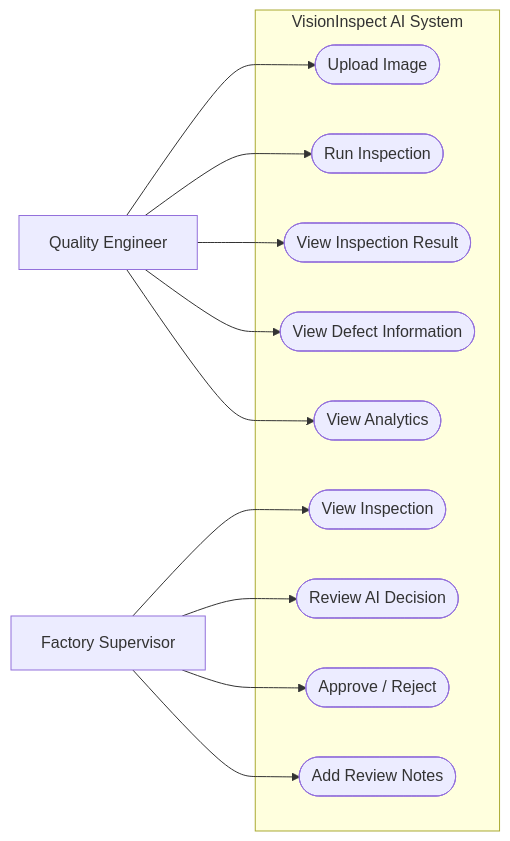
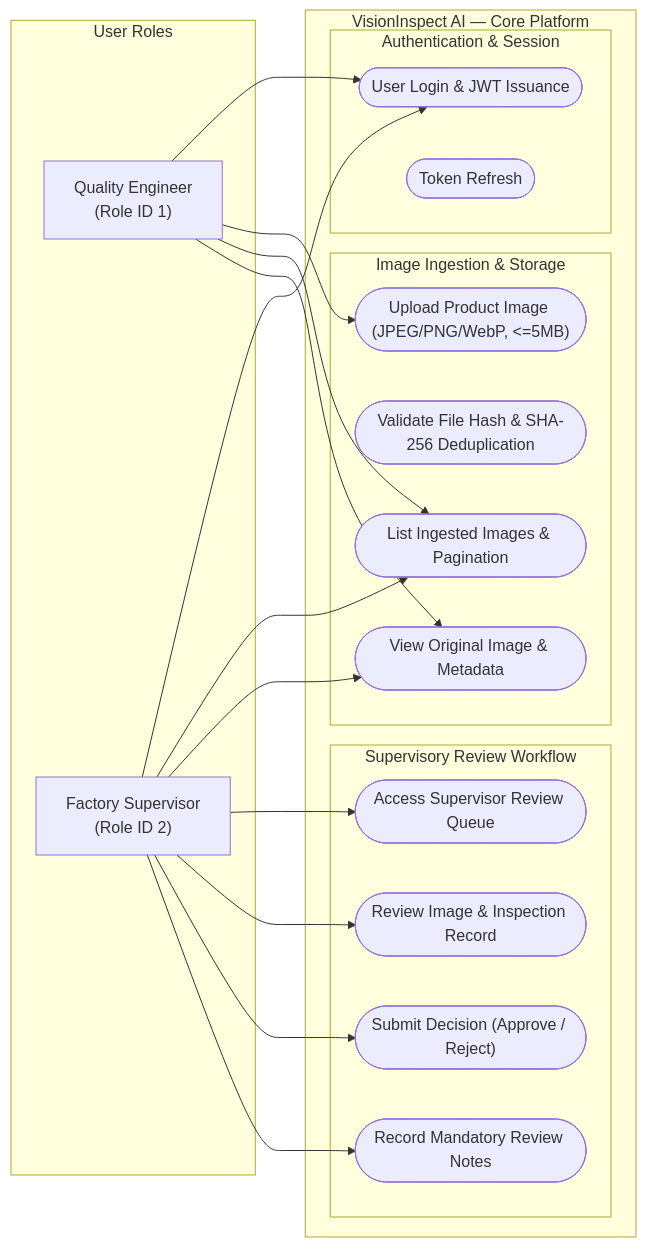
The first of 17 diagrams in docs/UML_DIAGRAMS.md (springboardmentor986/AI-Powered-Manufacturing-Defect-Detection-and-Automated-Quality-Inspection-Platform), drawn with Mermaid before and after one commit. The commit also changed other lines of this file and 161 other files, not shown here.

````diff
--- a/docs/UML_DIAGRAMS.md
+++ b/docs/UML_DIAGRAMS.md
@@ -11,29 +42,41 @@
 ```mermaid
 flowchart LR
-    QE["Quality Engineer"]
-    FS["Factory Supervisor"]
-
-    subgraph System ["VisionInspect AI System"]
-        UC1(["Upload Image"])
-        UC2(["Run Inspection"])
-        UC3(["View Inspection Result"])
-        UC4(["View Defect Information"])
-        UC5(["View Analytics"])
-
-        UC6(["View Inspection"])
-        UC7(["Review AI Decision"])
-        UC8(["Approve / Reject"])
-        UC9(["Add Review Notes"])
+    subgraph Actors ["User Roles"]
+        QE["Quality Engineer<br/>(Role ID 1)"]
+        FS["Factory Supervisor<br/>(Role ID 2)"]
     end
 
-    QE --> UC1
-    QE --> UC2
-    QE --> UC3
-    QE --> UC4
-    QE --> UC5
+    subgraph System ["VisionInspect AI — Core Platform"]
+        subgraph AuthBoundary ["Authentication & Session"]
+            UC_Auth(["User Login & JWT Issuance"])
+            UC_Refresh(["Token Refresh"])
+        end
 
-    FS --> UC6
-    FS --> UC7
-    FS --> UC8
-    FS --> UC9
+        subgraph IngestionBoundary ["Image Ingestion & Storage"]
+            UC_Upload(["Upload Product Image (JPEG/PNG/WebP, <=5MB)"])
+            UC_Validate(["Validate File Hash & SHA-256 Deduplication"])
+            UC_List(["List Ingested Images & Pagination"])
+            UC_ViewRaw(["View Original Image & Metadata"])
+        end
+
+        subgraph ReviewBoundary ["Supervisory Review Workflow"]
+            UC_Queue(["Access Supervisor Review Queue"])
+            UC_Audit(["Review Image & Inspection Record"])
+            UC_SignOff(["Submit Decision (Approve / Reject)"])
+            UC_Notes(["Record Mandatory Review Notes"])
+        end
+    end
+
+    QE --> UC_Auth
+    QE --> UC_Upload
+    QE --> UC_List
+    QE --> UC_ViewRaw
+
+    FS --> UC_Auth
+    FS --> UC_List
+    FS --> UC_ViewRaw
+    FS --> UC_Queue
+    FS --> UC_Audit
+    FS --> UC_SignOff
+    FS --> UC_Notes
 ```
````
